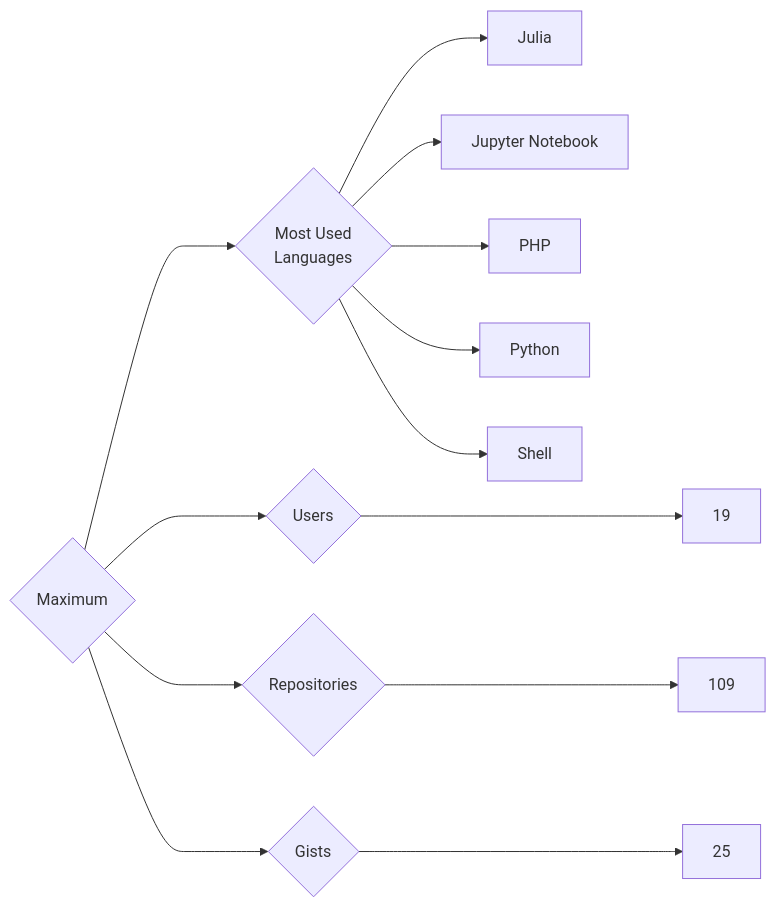
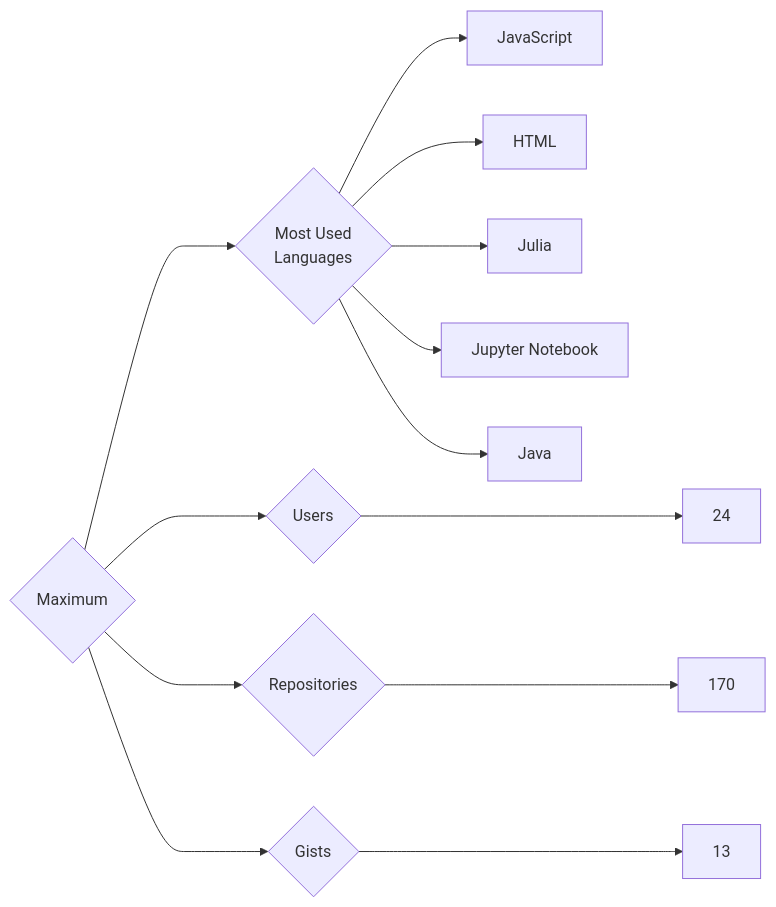
Before and after one commit to trickest/insiders: the diagram in targets/Maximum/README.md, drawn with Mermaid. The commit also changed 870 other files, not shown here.

````diff
--- a/targets/Maximum/README.md
+++ b/targets/Maximum/README.md
@@ -3,13 +3,13 @@
 ```mermaid
 graph LR
 COMPANY_NAME{Maximum}
-COMPANY_NAME ---> U{Users} ---> UN[19]
-COMPANY_NAME ---> R{Repositories} ---> RN[109]
-COMPANY_NAME ---> G{Gists} ---> GN[25]
+COMPANY_NAME ---> U{Users} ---> UN[24]
+COMPANY_NAME ---> R{Repositories} ---> RN[170]
+COMPANY_NAME ---> G{Gists} ---> GN[13]
 COMPANY_NAME ---> ML{Most Used<br>Languages}
+ML --> JavaScript[JavaScript]
+ML --> HTML[HTML]
 ML --> Julia[Julia]
 ML --> Jupyter_Notebook[Jupyter Notebook]
-ML --> PHP[PHP]
-ML --> Python[Python]
-ML --> Shell[Shell]
+ML --> Java[Java]
 ```
````
